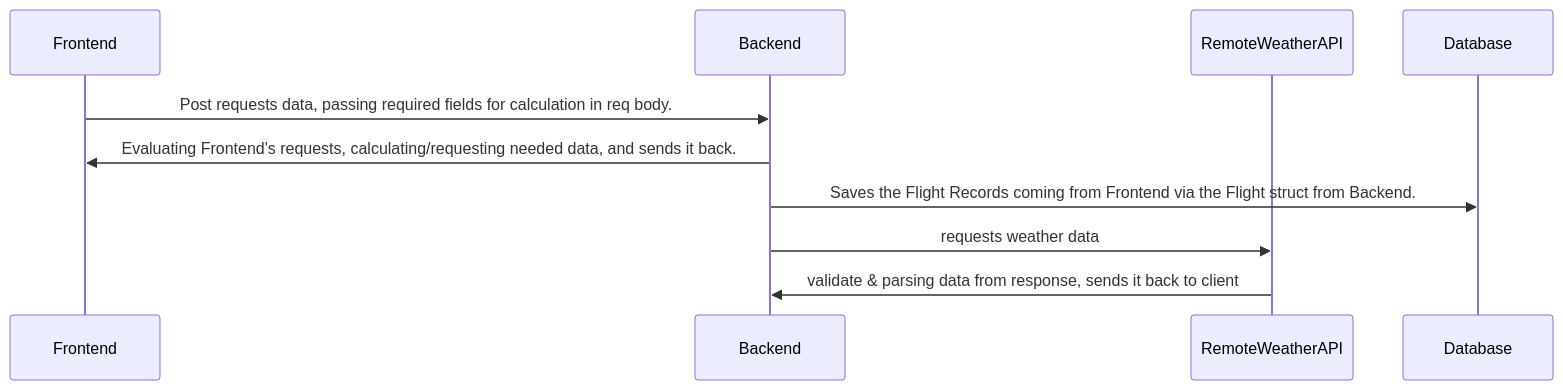
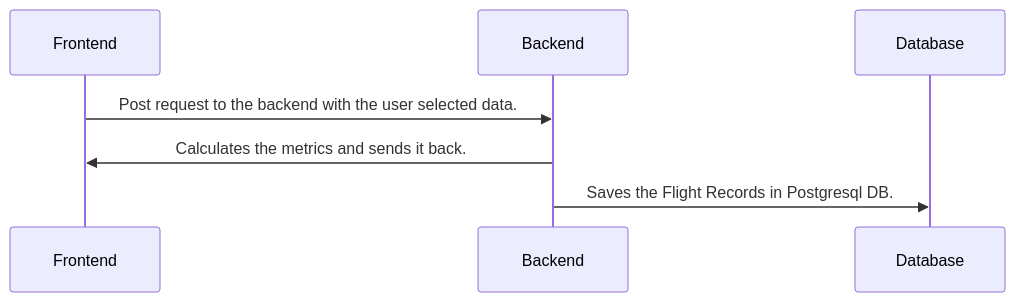
One commit to ido-nasi/Golden-Route-FullStack changed the first of 3 diagrams in README.md. Above: the diagram before and after it, drawn with Mermaid. The commit also changed other lines of this file, not shown here.

````diff
--- a/README.md
+++ b/README.md
@@ -20,18 +20,12 @@
 ```mermaid
 sequenceDiagram
     participant Frontend
     participant Backend
-    participant RemoteWeatherAPI
     participant Database
 
-    Frontend ->> Backend:  Post requests data, passing required fields for calculation in req body.
+    Frontend ->> Backend: Post request to the backend with the user selected data.
 
-    Backend ->> Frontend: Evaluating Frontend's requests, calculating/requesting needed data, and sends it back.
+    Backend ->> Frontend: Calculates the metrics and sends it back.
 
-    Backend ->> Database: Saves the Flight Records coming from Frontend via the Flight struct from Backend.
-
-    Backend ->> RemoteWeatherAPI: requests weather data
-
-    RemoteWeatherAPI ->> Backend: validate & parsing data from response, sends it back to client
-
+    Backend ->> Database: Saves the Flight Records in Postgresql DB.
 ```
````
